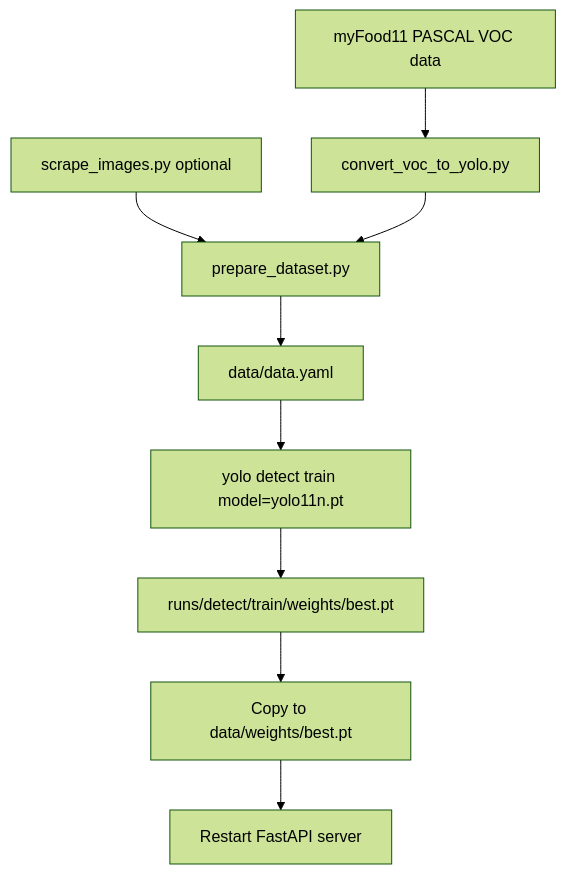
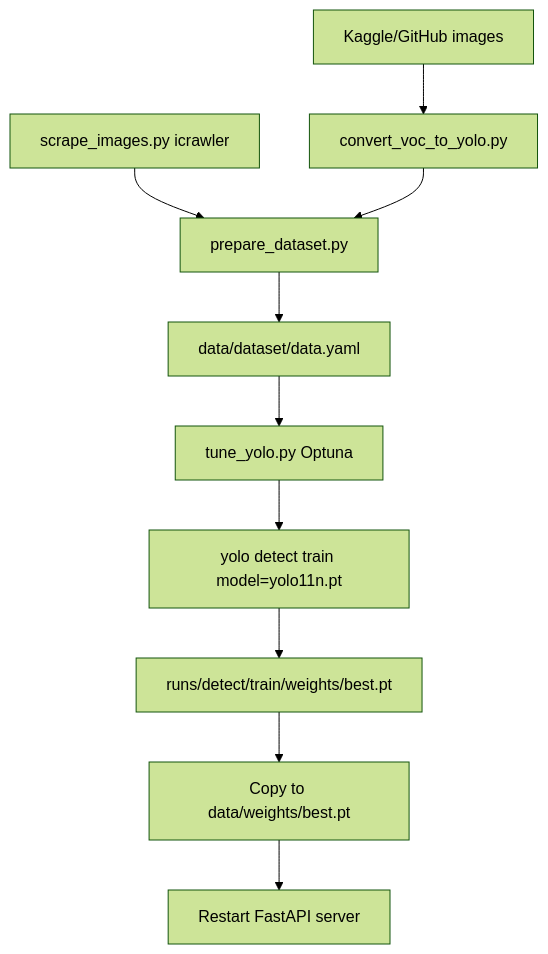
Before and after one commit to jiale2004/FoodSense-MY: the second of 2 diagrams in docs/architecture.md, drawn with Mermaid (forest theme). The commit also changed other lines of this file and 17 other files, not shown here.

````diff
--- a/docs/architecture.md
+++ b/docs/architecture.md
@@ -76,11 +89,12 @@
 ```mermaid
 flowchart TD
-    A[myFood11 PASCAL VOC data] --> B[convert_voc_to_yolo.py]
-    C[scrape_images.py optional] --> D[prepare_dataset.py]
+    A[Kaggle/GitHub images] --> B[convert_voc_to_yolo.py]
+    C[scrape_images.py icrawler] --> D[prepare_dataset.py]
     B --> D
-    D --> E[data/data.yaml]
-    E --> F["yolo detect train model=yolo11n.pt"]
-    F --> G[runs/detect/train/weights/best.pt]
-    G --> H[Copy to data/weights/best.pt]
-    H --> I[Restart FastAPI server]
+    D --> E[data/dataset/data.yaml]
+    E --> F[tune_yolo.py Optuna]
+    F --> G["yolo detect train model=yolo11n.pt"]
+    G --> H[runs/detect/train/weights/best.pt]
+    H --> I[Copy to data/weights/best.pt]
+    I --> J[Restart FastAPI server]
 ```
````
